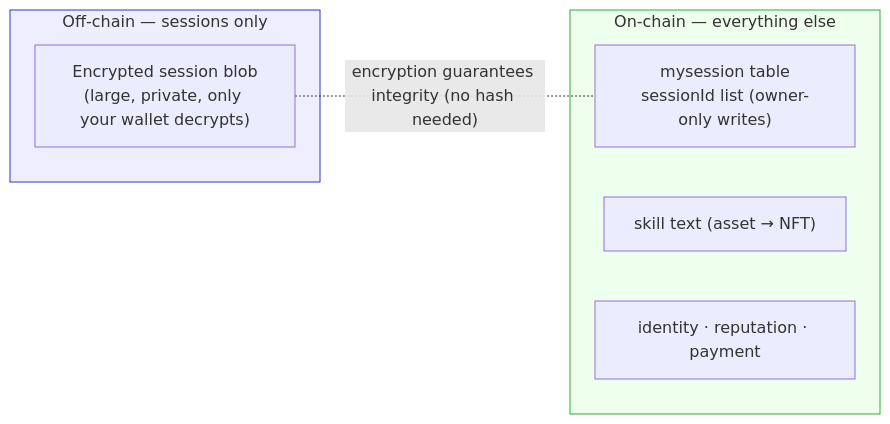
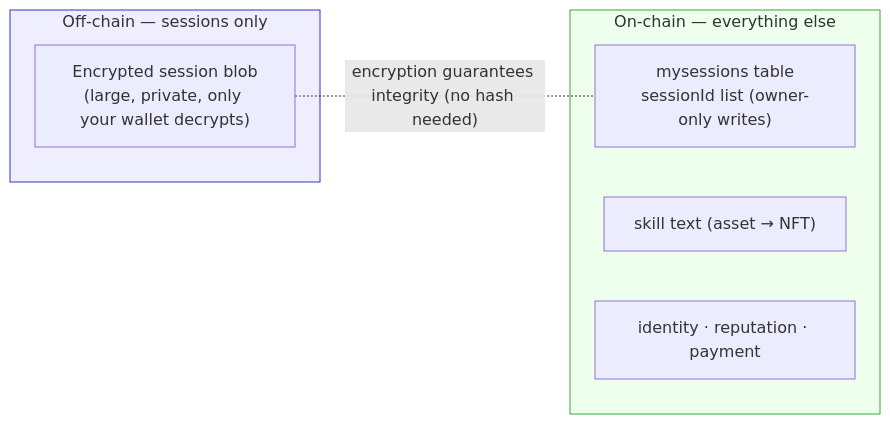
One commit to IQCoreTeam/AgentNet changed the first of 7 diagrams in plans/offchain-session-sync.md. Above: the diagram before and after it, drawn with Mermaid. The commit also changed other lines of this file and 5 other files, not shown here.

````diff
--- a/plans/offchain-session-sync.md
+++ b/plans/offchain-session-sync.md
@@ -37,14 +37,14 @@
 ```mermaid
 flowchart LR
     subgraph offchain["Off-chain — sessions only"]
         Blob["Encrypted session blob<br/>(large, private, only your wallet decrypts)"]
     end
     subgraph chain["On-chain — everything else"]
-        Idx["mysession table<br/>sessionId list (owner-only writes)"]
+        Idx["mysessions table<br/>sessionId list (owner-only writes)"]
         Sk["skill text (asset → NFT)"]
         Id["identity · reputation · payment"]
     end
     Blob -. "encryption guarantees integrity (no hash needed)" .- Idx
     style offchain fill:#eef,stroke:#33c
     style chain fill:#efe,stroke:#3a3
 ```
````
